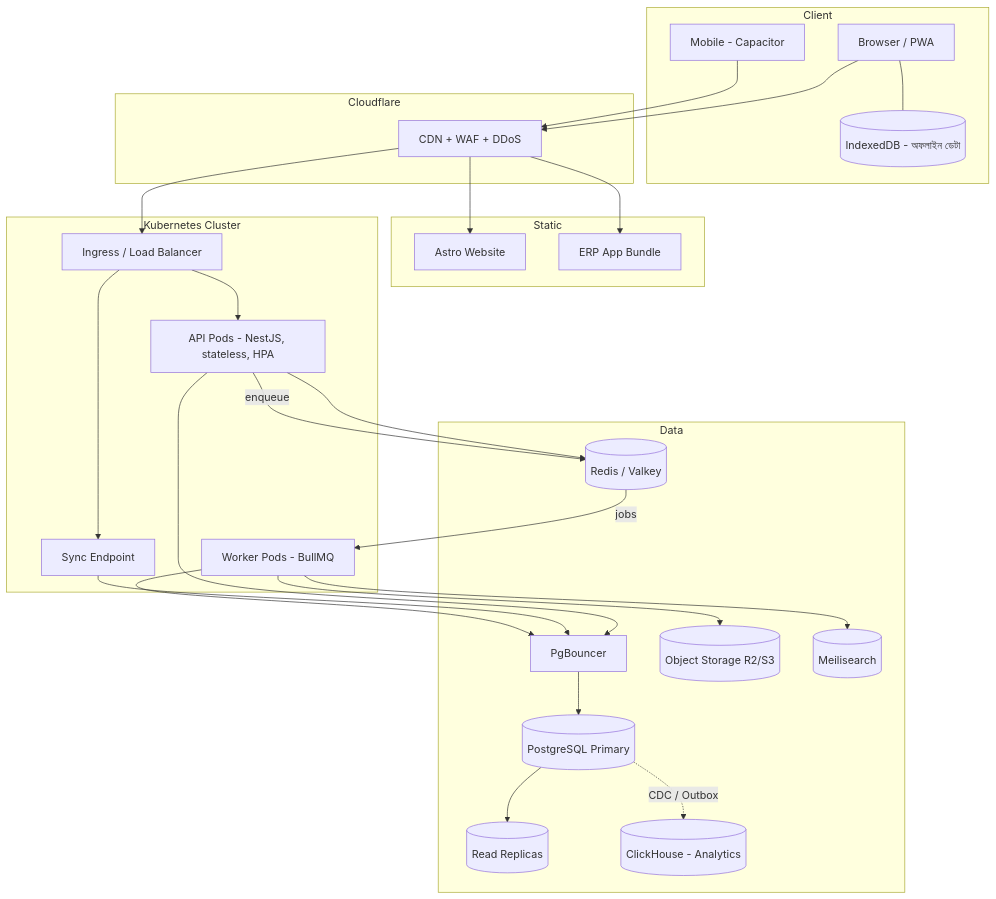
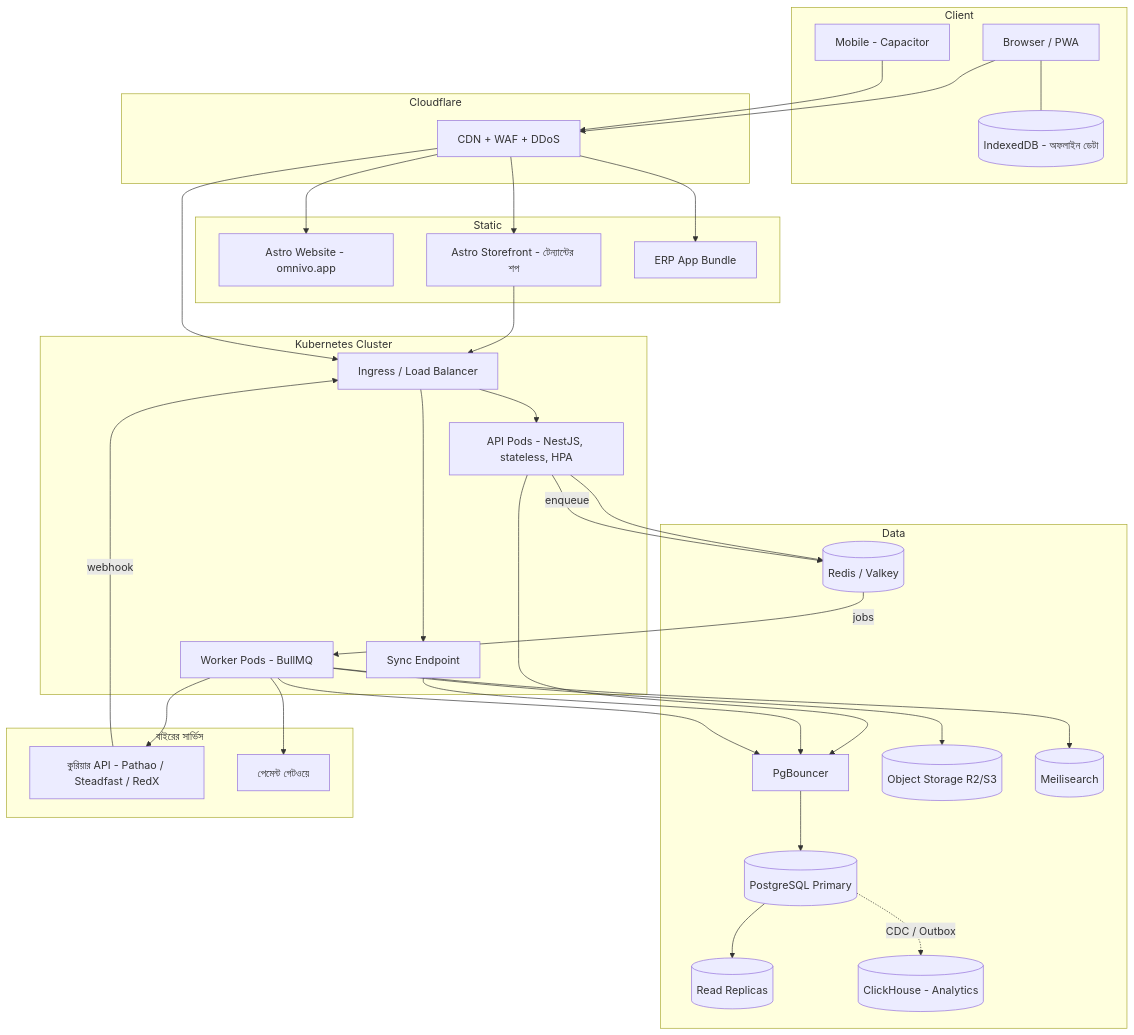
The first of 6 diagrams in docs/system-design.bn.md (AlEkramHossainAbir/Omnivo), drawn with Mermaid before and after one commit. The commit also changed other lines of this file and 1 other file, not shown here.

````diff
--- a/docs/system-design.bn.md
+++ b/docs/system-design.bn.md
@@ -130,46 +135,56 @@
 ```mermaid
 flowchart TB
   subgraph Client
     B[Browser / PWA]
     M[Mobile - Capacitor]
     IDB[(IndexedDB - অফলাইন ডেটা)]
     B --- IDB
   end
 
   subgraph Edge[Cloudflare]
     CDN[CDN + WAF + DDoS]
   end
 
   subgraph Static
-    WEB[Astro Website]
+    WEB[Astro Website - omnivo.app]
+    SHOP[Astro Storefront - টেন্যান্টের শপ]
     APPB[ERP App Bundle]
   end
 
   subgraph Cluster[Kubernetes Cluster]
     ING[Ingress / Load Balancer]
     API[API Pods - NestJS, stateless, HPA]
     SYNC[Sync Endpoint]
     WRK[Worker Pods - BullMQ]
   end
 
   subgraph Data
     PGB[PgBouncer]
     PG[(PostgreSQL Primary)]
     PGR[(Read Replicas)]
     RD[(Redis / Valkey)]
     S3[(Object Storage R2/S3)]
     MS[(Meilisearch)]
     CH[(ClickHouse - Analytics)]
   end
 
+  subgraph External[বাইরের সার্ভিস]
+    CRR[কুরিয়ার API - Pathao / Steadfast / RedX]
+    PAY[পেমেন্ট গেটওয়ে]
+  end
+
+  WRK --> CRR & PAY
+  CRR -- webhook --> ING
+
   B & M --> CDN
-  CDN --> WEB & APPB
+  CDN --> WEB & SHOP & APPB
+  SHOP --> ING
   CDN --> ING --> API & SYNC
   API & SYNC --> PGB --> PG
   PG --> PGR
   API --> RD
   API -- enqueue --> RD
   RD -- jobs --> WRK
   WRK --> PGB & S3 & MS
   PG -. CDC / Outbox .-> CH
 ```
````
